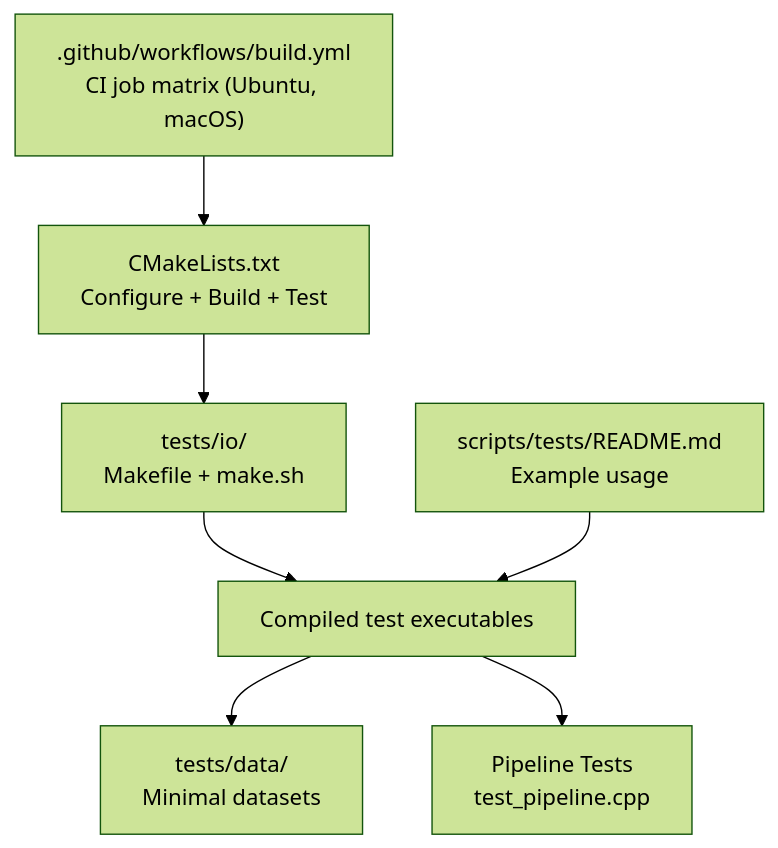
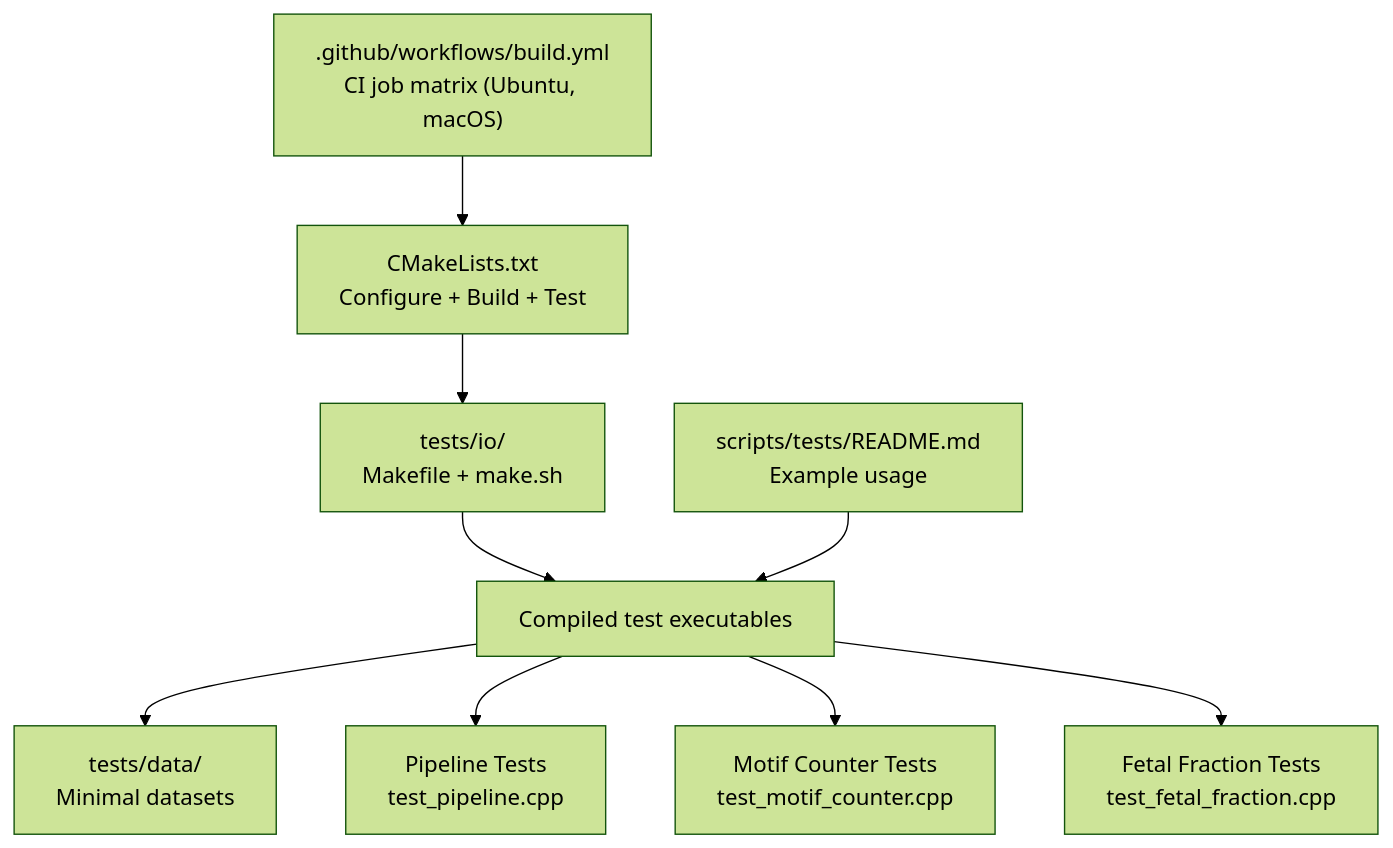
Before and after one commit to ShujiaHuang/BaseVar2: the first of 10 diagrams in .qoder/repowiki/en/content/Testing and Validation.md, drawn with Mermaid (forest theme). The commit also changed other lines of this file and 3 other files, not shown here.

````diff
--- a/.qoder/repowiki/en/content/Testing and Validation.md
+++ b/.qoder/repowiki/en/content/Testing and Validation.md
@@ -58,9 +68,11 @@
 ```mermaid
 graph TB
 CI[".github/workflows/build.yml<br/>CI job matrix (Ubuntu, macOS)"] --> CMake["CMakeLists.txt<br/>Configure + Build + Test"]
 CMake --> TestsIO["tests/io/<br/>Makefile + make.sh"]
 TestsIO --> Executables["Compiled test executables"]
 Executables --> Data["tests/data/<br/>Minimal datasets"]
 Executables --> PipelineTests["Pipeline Tests<br/>test_pipeline.cpp"]
+Executables --> MotifTests["Motif Counter Tests<br/>test_motif_counter.cpp"]
+Executables --> FetalFractionTests["Fetal Fraction Tests<br/>test_fetal_fraction.cpp"]
 Scripts["scripts/tests/README.md<br/>Example usage"] --> Executables
 ```
````
